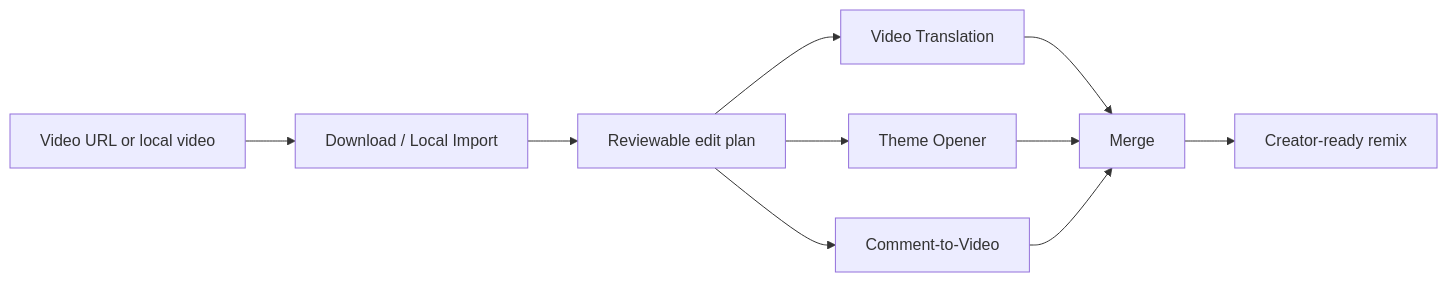
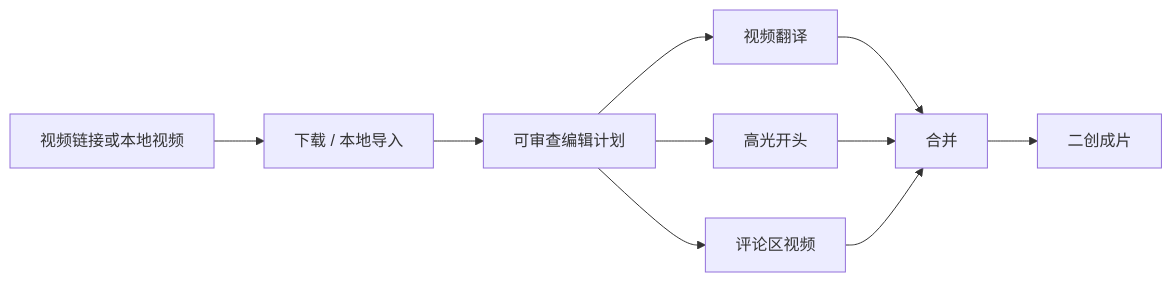
The diagram in README.md (InsiderX-Pro/LogicCut), drawn with Mermaid before and after one commit. The commit also changed other lines of this file, not shown here.

````diff
--- a/README.md
+++ b/README.md
@@ -351,12 +361,12 @@
 ```mermaid
 flowchart LR
-    Source[Video URL or local video] --> Import[Download / Local Import]
-    Import --> Plan[Reviewable edit plan]
-    Plan --> Translate[Video Translation]
-    Plan --> Opener[Theme Opener]
-    Plan --> Comments[Comment-to-Video]
-    Translate --> Merge[Merge]
+    Source[视频链接或本地视频] --> Import[下载 / 本地导入]
+    Import --> Plan[可审查编辑计划]
+    Plan --> Translate[视频翻译]
+    Plan --> Opener[高光开头]
+    Plan --> Comments[评论区视频]
+    Translate --> Merge[合并]
     Opener --> Merge
     Comments --> Merge
-    Merge --> Final[Creator-ready remix]
+    Merge --> Final[二创成片]
 ```
````
